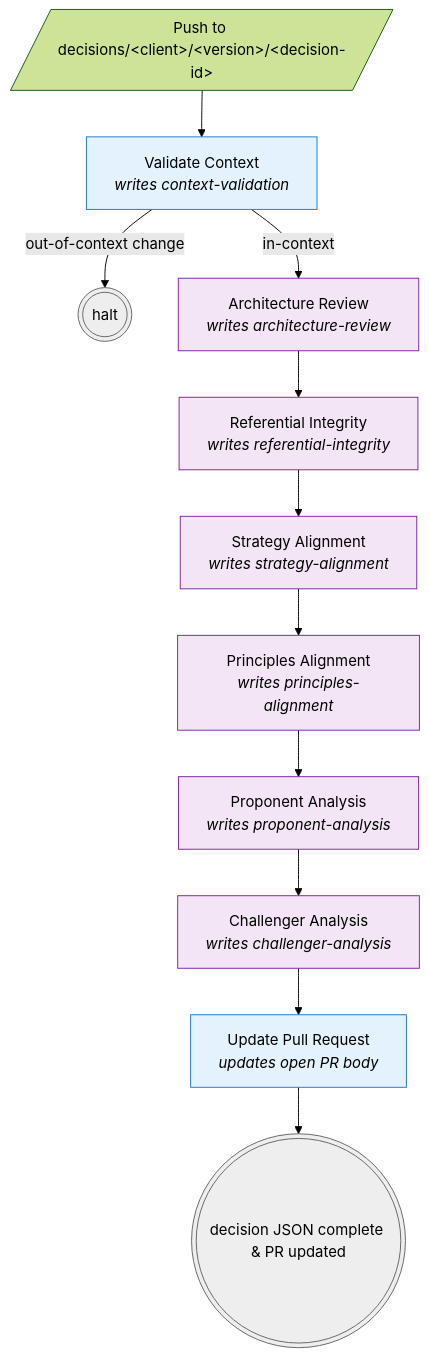
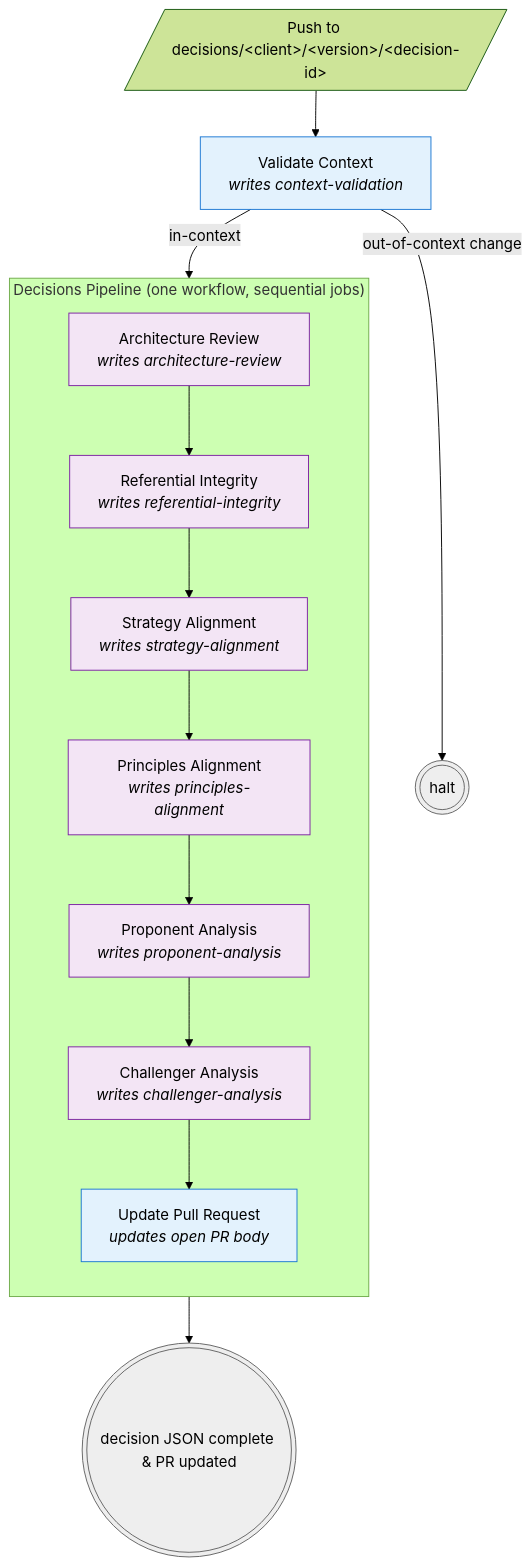
One commit to dan-eastley/pickle changed the diagram in documentation/workflows/decisions-pipeline.md. Above: the diagram before and after it, drawn with Mermaid (forest theme). The commit also changed other lines of this file and 13 other files, not shown here.

First line of the commit message:
Consolidate decisions pipeline into one orchestrator workflow

````diff
--- a/documentation/workflows/decisions-pipeline.md
+++ b/documentation/workflows/decisions-pipeline.md
@@ -21,22 +34,27 @@
 ```mermaid
 flowchart TD
     Push[/"Push to decisions/&lt;client&gt;/&lt;version&gt;/&lt;decision-id&gt;"/]
     Push --> VC
 
     VC["Validate Context<br/><i>writes context-validation</i>"]:::det
     VC -- "out-of-context change" --> Halt(((halt))):::term
-    VC -- "in-context" --> AR
+    VC -- "in-context" --> Pipeline
 
-    AR["Architecture Review<br/><i>writes architecture-review</i>"]:::ai
-    AR --> RI["Referential Integrity<br/><i>writes referential-integrity</i>"]:::ai
-    RI --> SA["Strategy Alignment<br/><i>writes strategy-alignment</i>"]:::ai
-    SA --> PA["Principles Alignment<br/><i>writes principles-alignment</i>"]:::ai
-    PA --> PR["Proponent Analysis<br/><i>writes proponent-analysis</i>"]:::ai
-    PR --> CH["Challenger Analysis<br/><i>writes challenger-analysis</i>"]:::ai
-    CH --> SY["Update Pull Request<br/><i>updates open PR body</i>"]:::det
-    SY --> Done(((decision JSON complete & PR updated))):::term
+    subgraph Pipeline["Decisions Pipeline (one workflow, sequential jobs)"]
+      direction TB
+      AR["Architecture Review<br/><i>writes architecture-review</i>"]:::ai
+      RI["Referential Integrity<br/><i>writes referential-integrity</i>"]:::ai
+      SA["Strategy Alignment<br/><i>writes strategy-alignment</i>"]:::ai
+      PA["Principles Alignment<br/><i>writes principles-alignment</i>"]:::ai
+      PR["Proponent Analysis<br/><i>writes proponent-analysis</i>"]:::ai
+      CH["Challenger Analysis<br/><i>writes challenger-analysis</i>"]:::ai
+      UPR["Update Pull Request<br/><i>updates open PR body</i>"]:::det
+      AR --> RI --> SA --> PA --> PR --> CH --> UPR
+    end
+
+    UPR --> Done(((decision JSON complete & PR updated))):::term
 
     classDef det fill:#e3f2fd,stroke:#1976d2,color:#000
     classDef ai fill:#f3e5f5,stroke:#7b1fa2,color:#000
     classDef term fill:#eeeeee,stroke:#616161,color:#000
 ```
````
